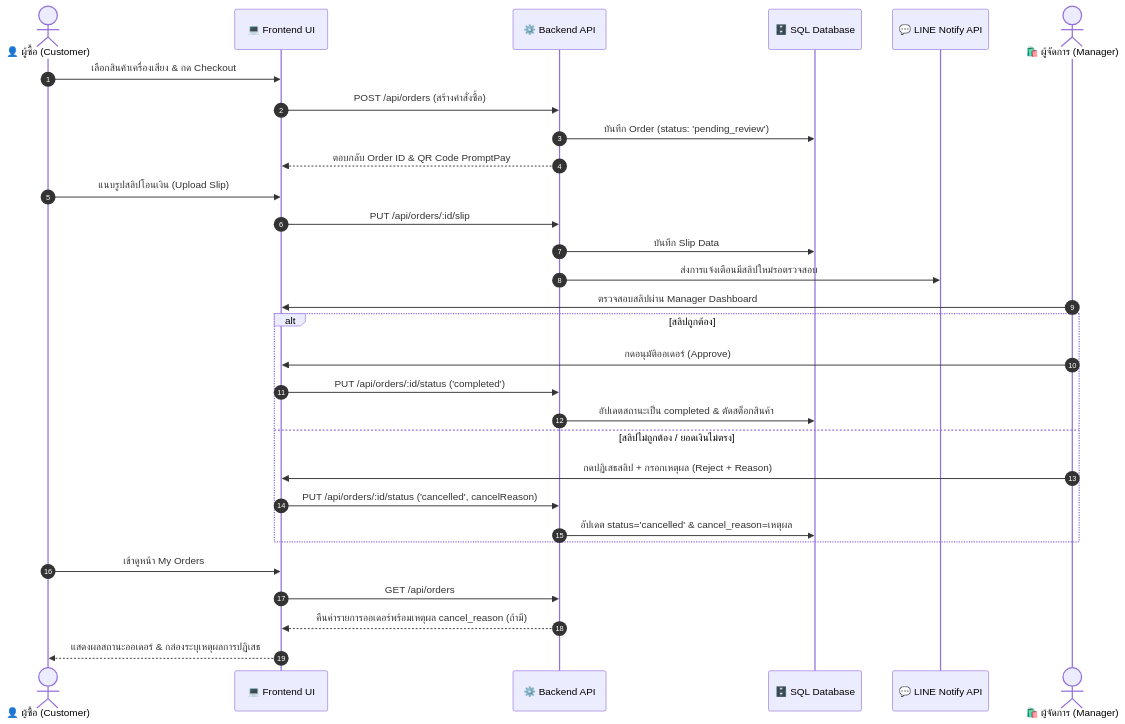
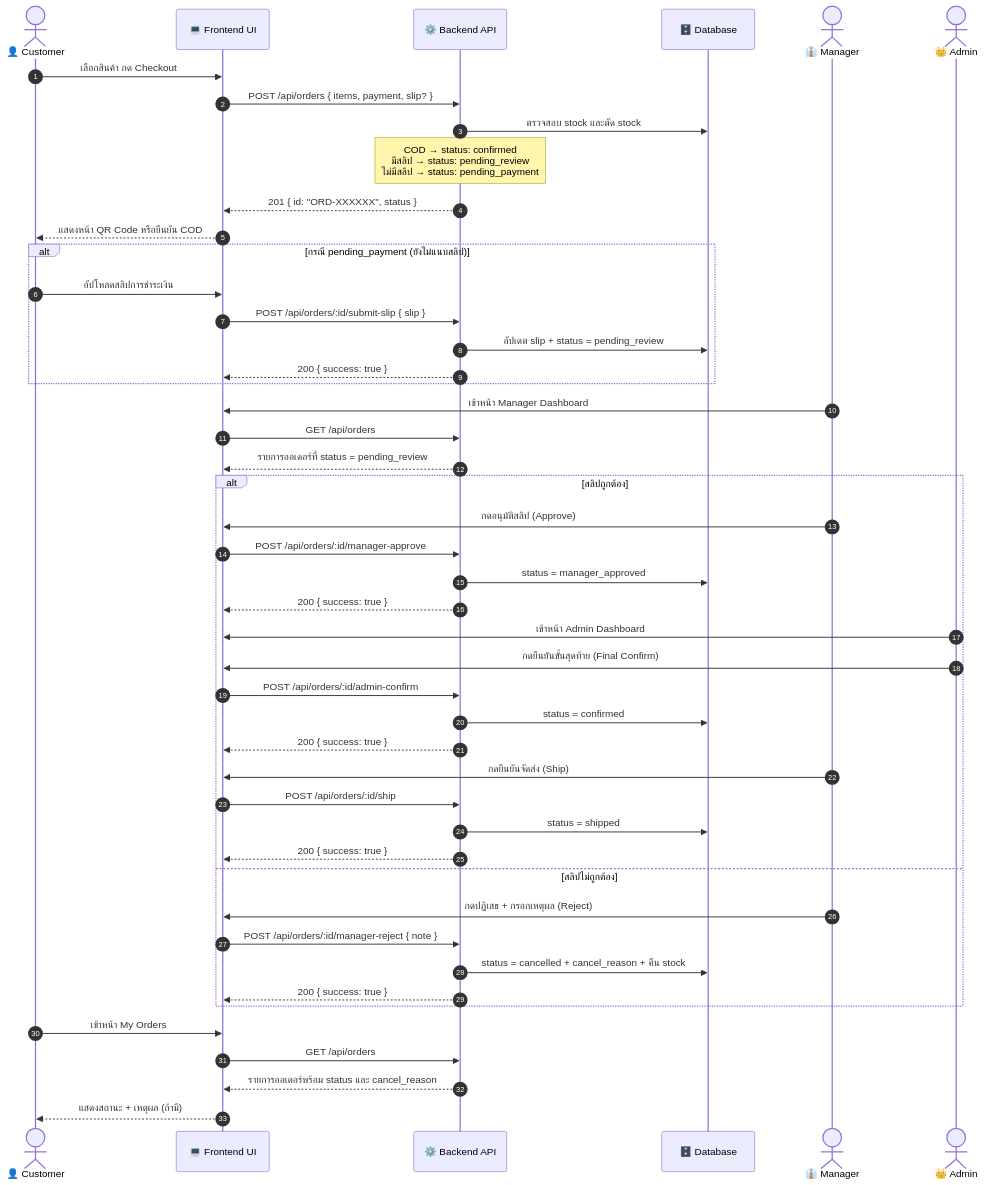
Before and after one commit to sShinjikubs/Workshop-1: the fourth of 7 diagrams in analysis_design.md, drawn with Mermaid. The commit also changed other lines of this file and 688 other files, not shown here.

````diff
--- a/analysis_design.md
+++ b/analysis_design.md
@@ -399,35 +368,57 @@
 ```mermaid
 sequenceDiagram
     autonumber
-    actor Customer as 👤 ผู้ซื้อ (Customer)
+    actor Customer as 👤 Customer
     participant UI as 💻 Frontend UI
     participant Backend as ⚙️ Backend API
-    participant DB as 🗄️ SQL Database
-    participant Line as 💬 LINE Notify API
-    actor Manager as 🛍️ ผู้จัดการ (Manager)
+    participant DB as 🗄️ Database
+    actor Manager as 👔 Manager
+    actor Admin as 👑 Admin
 
-    Customer->>UI: เลือกสินค้าเครื่องเสียง & กด Checkout
-    UI->>Backend: POST /api/orders (สร้างคำสั่งซื้อ)
-    Backend->>DB: บันทึก Order (status: 'pending_review')
-    Backend-->>UI: ตอบกลับ Order ID & QR Code PromptPay
-    Customer->>UI: แนบรูปสลิปโอนเงิน (Upload Slip)
-    UI->>Backend: PUT /api/orders/:id/slip
-    Backend->>DB: บันทึก Slip Data
-    Backend->>Line: ส่งการแจ้งเตือนมีสลิปใหม่รอตรวจสอบ
-    
-    Manager->>UI: ตรวจสอบสลิปผ่าน Manager Dashboard
-    alt สลิปถูกต้อง
-        Manager->>UI: กดอนุมัติออเดอร์ (Approve)
-        UI->>Backend: PUT /api/orders/:id/status ('completed')
-        Backend->>DB: อัปเดตสถานะเป็น completed & ตัดสต็อกสินค้า
-    else สลิปไม่ถูกต้อง / ยอดเงินไม่ตรง
-        Manager->>UI: กดปฏิเสธสลิป + กรอกเหตุผล (Reject + Reason)
-        UI->>Backend: PUT /api/orders/:id/status ('cancelled', cancelReason)
-        Backend->>DB: อัปเดต status='cancelled' & cancel_reason=เหตุผล
+    Customer->>UI: เลือกสินค้า กด Checkout
+    UI->>Backend: POST /api/orders { items, payment, slip? }
+    Backend->>DB: ตรวจสอบ stock และตัด stock
+    Note over Backend: COD → status: confirmed<br/>มีสลิป → status: pending_review<br/>ไม่มีสลิป → status: pending_payment
+    Backend-->>UI: 201 { id: "ORD-XXXXXX", status }
+    UI-->>Customer: แสดงหน้า QR Code หรือยืนยัน COD
+
+    alt กรณี pending_payment (ยังไม่แนบสลิป)
+        Customer->>UI: อัปโหลดสลิปการชำระเงิน
+        UI->>Backend: POST /api/orders/:id/submit-slip { slip }
+        Backend->>DB: อัปเดต slip + status = pending_review
+        Backend-->>UI: 200 { success: true }
     end
 
-    Customer->>UI: เข้าดูหน้า My Orders
+    Manager->>UI: เข้าหน้า Manager Dashboard
     UI->>Backend: GET /api/orders
-    Backend-->>UI: คืนค่ารายการออเดอร์พร้อมเหตุผล cancel_reason (ถ้ามี)
-    UI-->>Customer: แสดงผลสถานะออเดอร์ & กล่องระบุเหตุผลการปฏิเสธ
+    Backend-->>UI: รายการออเดอร์ที่ status = pending_review
+
+    alt สลิปถูกต้อง
+        Manager->>UI: กดอนุมัติสลิป (Approve)
+        UI->>Backend: POST /api/orders/:id/manager-approve
+        Backend->>DB: status = manager_approved
+        Backend-->>UI: 200 { success: true }
+
+        Admin->>UI: เข้าหน้า Admin Dashboard
+        Admin->>UI: กดยืนยันขั้นสุดท้าย (Final Confirm)
+        UI->>Backend: POST /api/orders/:id/admin-confirm
+        Backend->>DB: status = confirmed
+        Backend-->>UI: 200 { success: true }
+
+        Manager->>UI: กดยืนยันจัดส่ง (Ship)
+        UI->>Backend: POST /api/orders/:id/ship
+        Backend->>DB: status = shipped
+        Backend-->>UI: 200 { success: true }
+
+    else สลิปไม่ถูกต้อง
+        Manager->>UI: กดปฏิเสธ + กรอกเหตุผล (Reject)
+        UI->>Backend: POST /api/orders/:id/manager-reject { note }
+        Backend->>DB: status = cancelled + cancel_reason + คืน stock
+        Backend-->>UI: 200 { success: true }
+    end
+
+    Customer->>UI: เข้าหน้า My Orders
+    UI->>Backend: GET /api/orders
+    Backend-->>UI: รายการออเดอร์พร้อม status และ cancel_reason
+    UI-->>Customer: แสดงสถานะ + เหตุผล (ถ้ามี)
 ```
````
